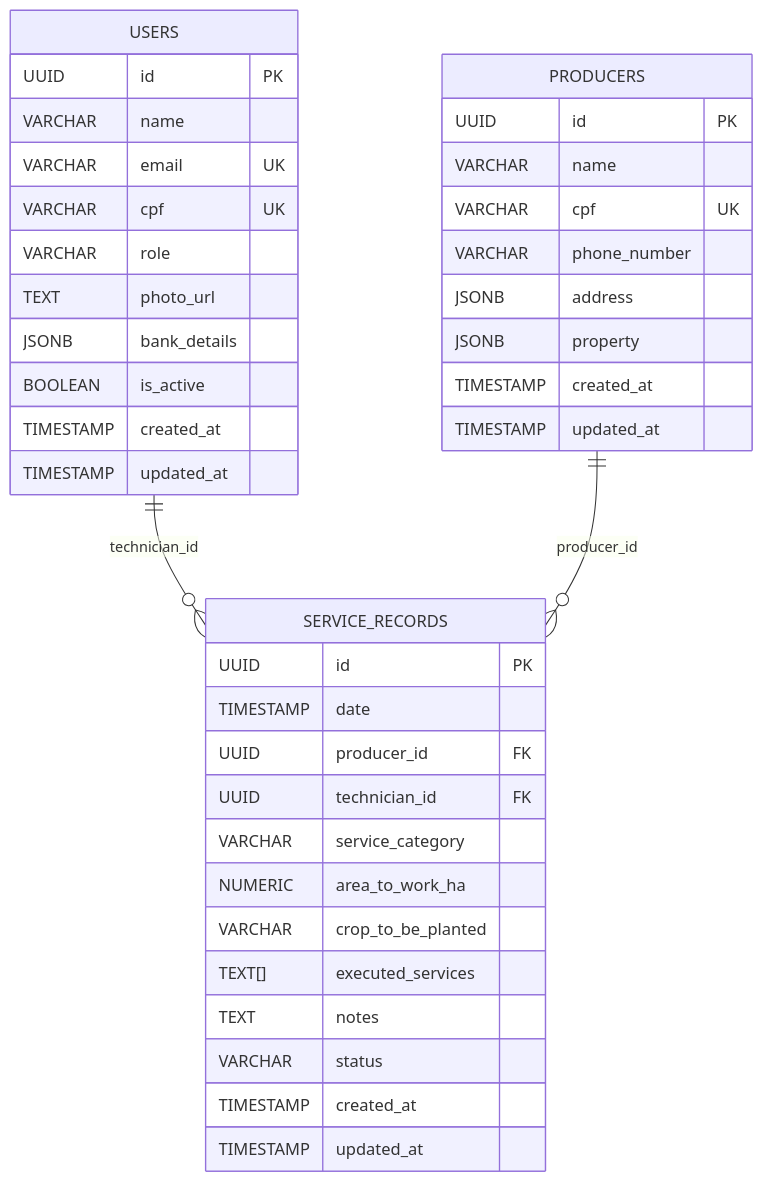
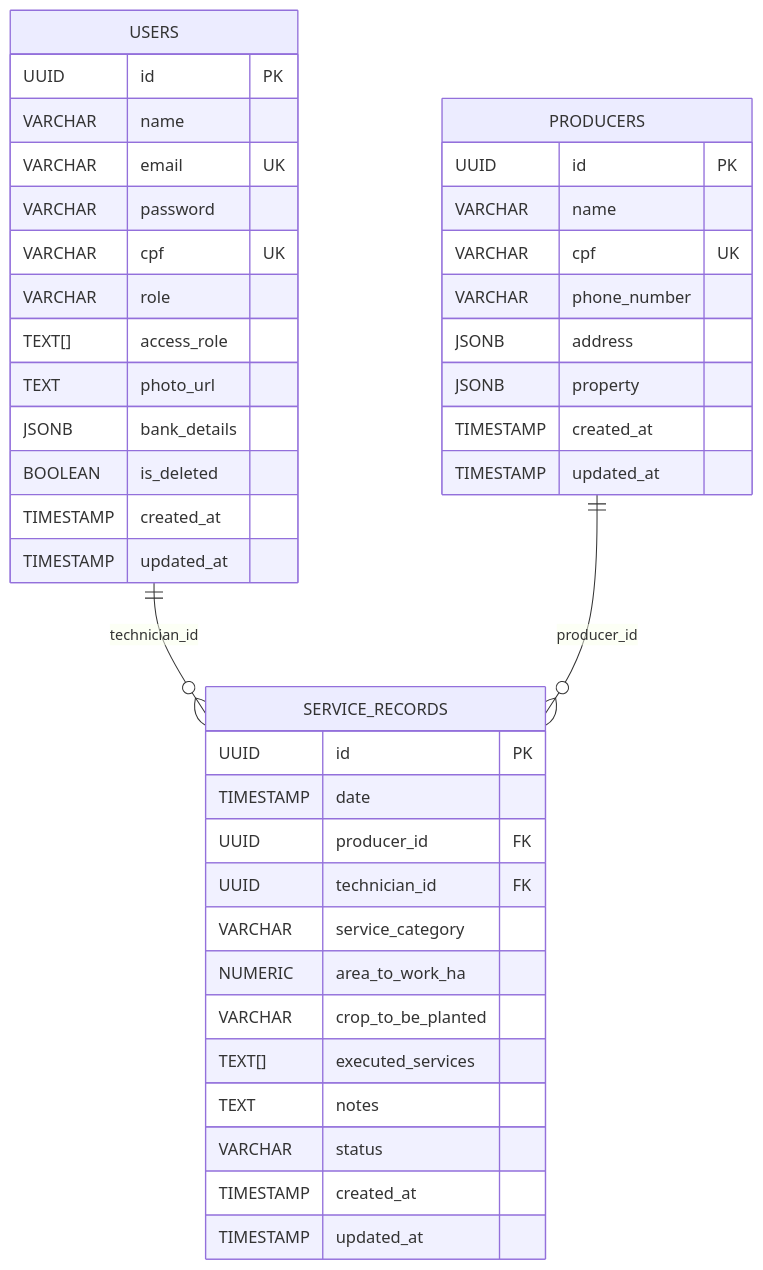
Before and after one commit to freitaseric/siga-app: the diagram in docs/DATABASE_ARCHITECTURE.md, drawn with Mermaid. The commit also changed other lines of this file and 20 other files, not shown here.

````diff
--- a/docs/DATABASE_ARCHITECTURE.md
+++ b/docs/DATABASE_ARCHITECTURE.md
@@ -85,42 +87,44 @@
 ```mermaid
 erDiagram
     USERS {
       UUID id PK
       VARCHAR name
       VARCHAR email UK
+      VARCHAR password
       VARCHAR cpf UK
       VARCHAR role
+      TEXT[] access_role
       TEXT photo_url
       JSONB bank_details
-      BOOLEAN is_active
+      BOOLEAN is_deleted
       TIMESTAMP created_at
       TIMESTAMP updated_at
     }
     PRODUCERS {
       UUID id PK
       VARCHAR name
       VARCHAR cpf UK
       VARCHAR phone_number
       JSONB address
       JSONB property
       TIMESTAMP created_at
       TIMESTAMP updated_at
     }
     SERVICE_RECORDS {
       UUID id PK
       TIMESTAMP date
       UUID producer_id FK
       UUID technician_id FK
       VARCHAR service_category
       NUMERIC area_to_work_ha
       VARCHAR crop_to_be_planted
       TEXT[] executed_services
       TEXT notes
       VARCHAR status
       TIMESTAMP created_at
       TIMESTAMP updated_at
     }
 
     USERS ||--o{ SERVICE_RECORDS : "technician_id"
     PRODUCERS ||--o{ SERVICE_RECORDS : "producer_id"
 ```
````
